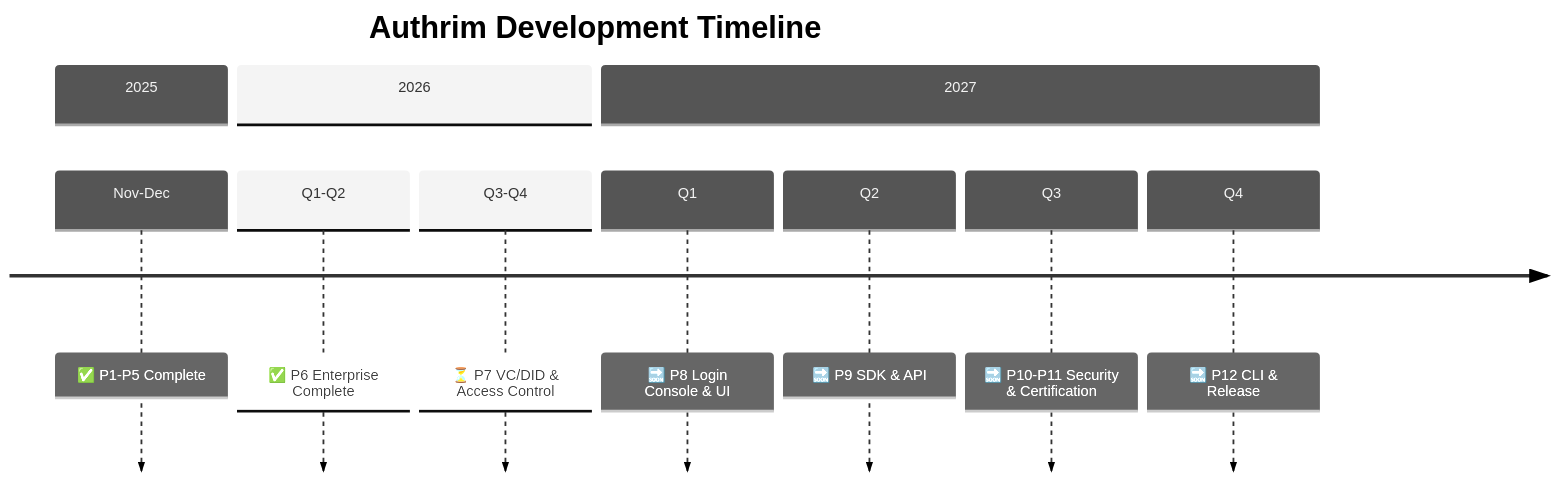
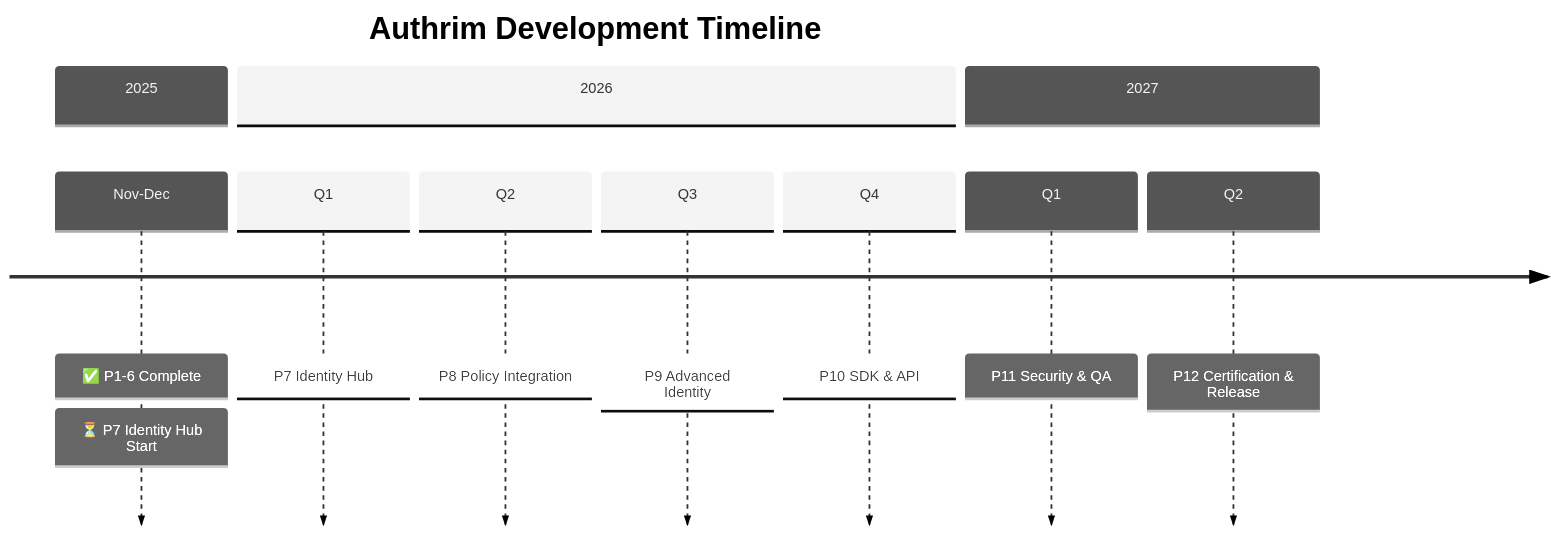
The diagram in docs/ROADMAP.md (sgrastar/authrim), drawn with Mermaid (neutral theme) before and after one commit. The commit also changed other lines of this file and 2 other files, not shown here.

First line of the commit message:
docs: Update README, ROADMAP, and SCHEDULE documentation

````diff
--- a/docs/ROADMAP.md
+++ b/docs/ROADMAP.md
@@ -11,14 +11,15 @@
 ```mermaid
 timeline
     title Authrim Development Timeline
     section 2025
-        Nov-Dec : ✅ P1-P5 Complete
+        Nov-Dec : ✅ P1-6 Complete
+                : ⏳ P7 Identity Hub Start
     section 2026
-        Q1-Q2 : ✅ P6 Enterprise Complete
-        Q3-Q4 : ⏳ P7 VC/DID & Access Control
+        Q1 : P7 Identity Hub
+        Q2 : P8 Policy Integration
+        Q3 : P9 Advanced Identity
+        Q4 : P10 SDK & API
     section 2027
-        Q1 : 🔜 P8 Login Console & UI
-        Q2 : 🔜 P9 SDK & API
-        Q3 : 🔜 P10-P11 Security & Certification
-        Q4 : 🔜 P12 CLI & Release
+        Q1 : P11 Security & QA
+        Q2 : P12 Certification & Release
 ```
````
